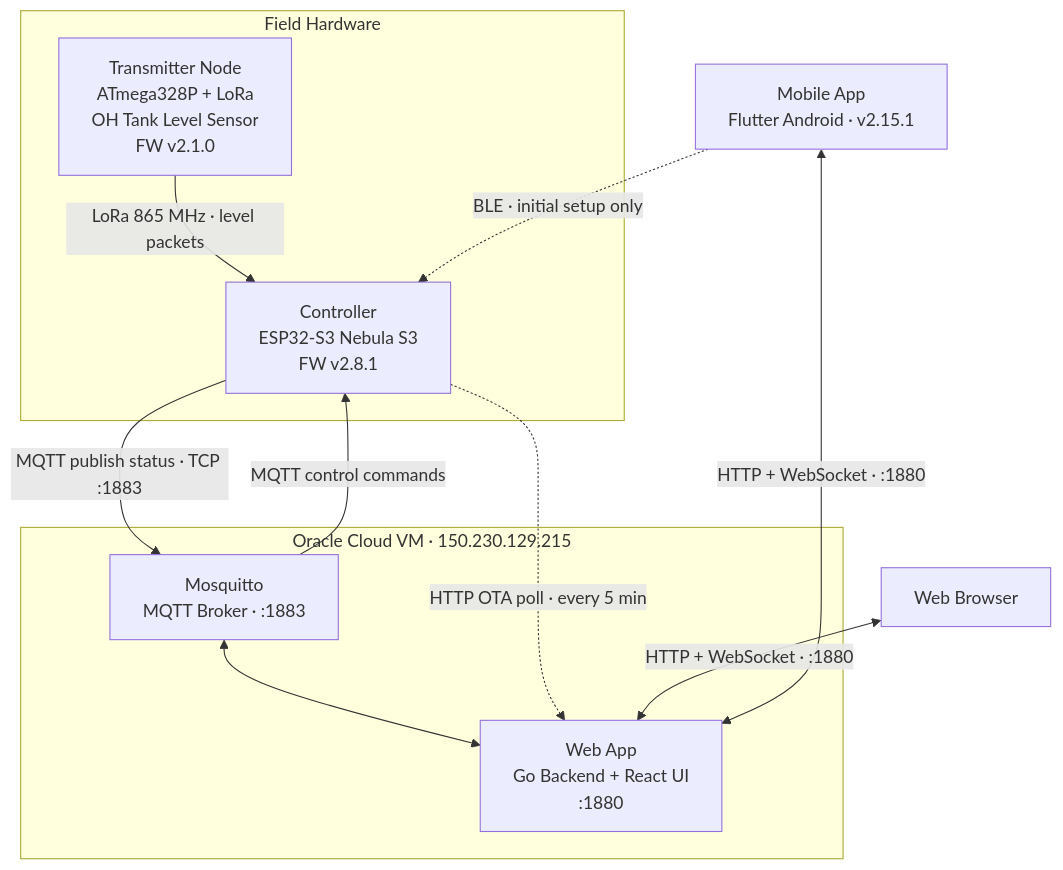
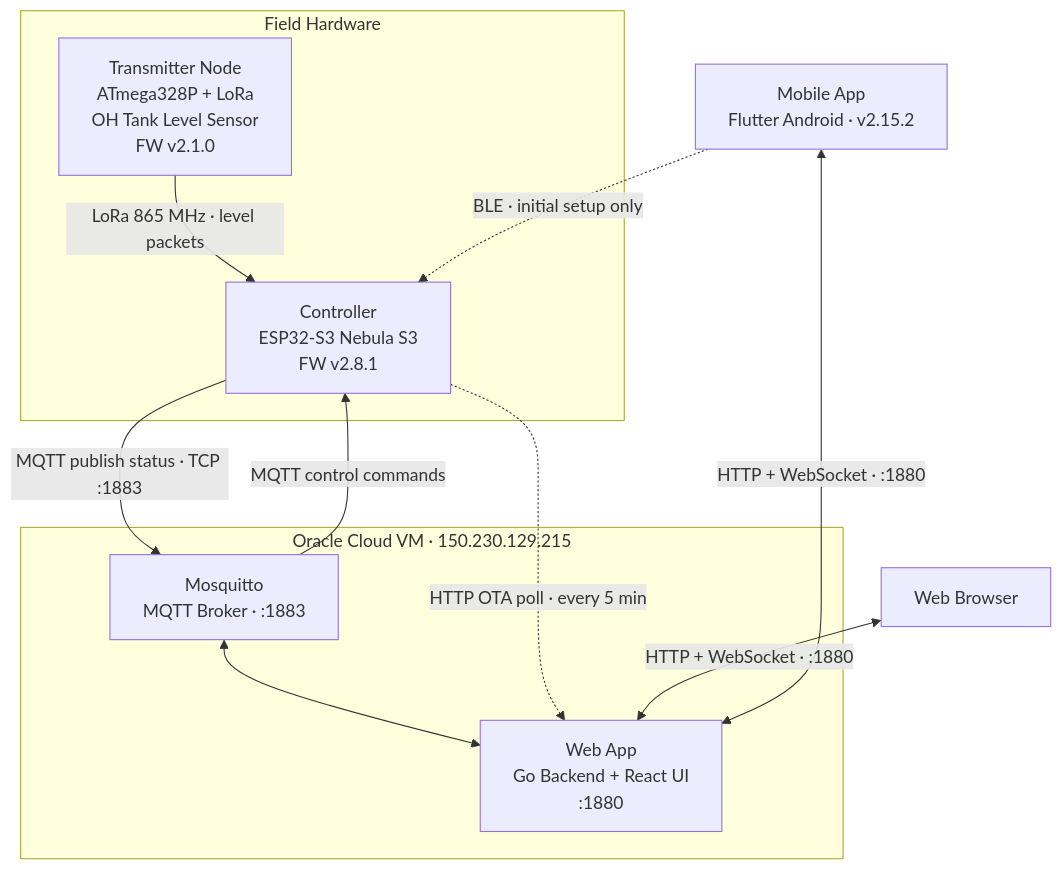
One commit to nperiannan/TankMonitor changed the first of 2 diagrams in README.md. Above: the diagram before and after it, drawn with Mermaid. The commit also changed other lines of this file and 3 other files, not shown here.

````diff
--- a/README.md
+++ b/README.md
@@ -9,25 +9,25 @@
 ```mermaid
 flowchart TD
     subgraph Field["Field Hardware"]
         TX["Transmitter Node\nATmega328P + LoRa\nOH Tank Level Sensor\nFW v2.1.0"]
         CTRL["Controller\nESP32-S3 Nebula S3\nFW v2.8.1"]
         TX -- "LoRa 865 MHz · level packets" --> CTRL
     end
 
     subgraph Server["Oracle Cloud VM · 150.230.129.215"]
         MQ["Mosquitto\nMQTT Broker · :1883"]
         WEB["Web App\nGo Backend + React UI\n:1880"]
         MQ <--> WEB
     end
 
     CTRL -- "MQTT publish status · TCP :1883" --> MQ
     MQ -- "MQTT control commands" --> CTRL
     CTRL -. "HTTP OTA poll · every 5 min" .-> WEB
 
     BROWSER["Web Browser"]
-    APP["Mobile App\nFlutter Android · v2.15.1"]
+    APP["Mobile App\nFlutter Android · v2.15.2"]
 
     BROWSER <-- "HTTP + WebSocket · :1880" --> WEB
     APP <-- "HTTP + WebSocket · :1880" --> WEB
     APP -. "BLE · initial setup only" .-> CTRL
 ```
````
